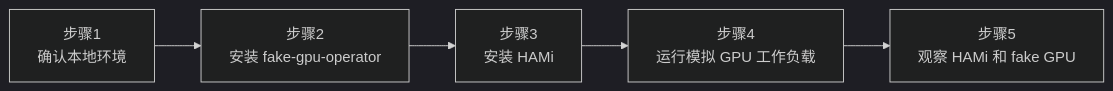
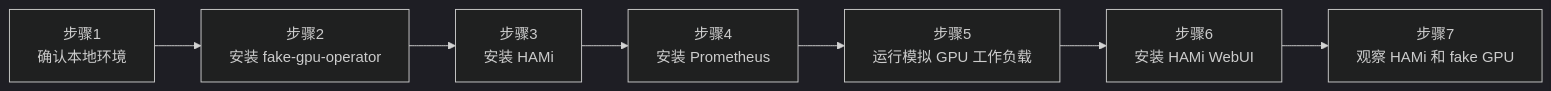
Before and after one commit to dynamia-ai/workshop: the diagram in docs/installation/local-fake-gpu-install.md, drawn with Mermaid (dark theme). The commit also changed other lines of this file and 2 other files, not shown here.

Commit message:
Update local fake GPU installation documentation: add Prometheus installation steps and screenshots for HAMi WebUI

````diff
--- a/docs/installation/local-fake-gpu-install.md
+++ b/docs/installation/local-fake-gpu-install.md
@@ -22,7 +22,9 @@
 ```mermaid
 flowchart LR
     Step1["步骤1<br/>确认本地环境"] --> Step2["步骤2<br/>安装 fake-gpu-operator"]
     Step2 --> Step3["步骤3<br/>安装 HAMi"]
-    Step3 --> Step4["步骤4<br/>运行模拟 GPU 工作负载"]
-    Step4 --> Step5["步骤5<br/>观察 HAMi 和 fake GPU"]
+    Step3 --> Step4["步骤4<br/>安装 Prometheus"]
+    Step4 --> Step5["步骤5<br/>运行模拟 GPU 工作负载"]
+    Step5 --> Step6["步骤6<br/>安装 HAMi WebUI"]
+    Step6 --> Step7["步骤7<br/>观察 HAMi 和 fake GPU"]
 ```
````
